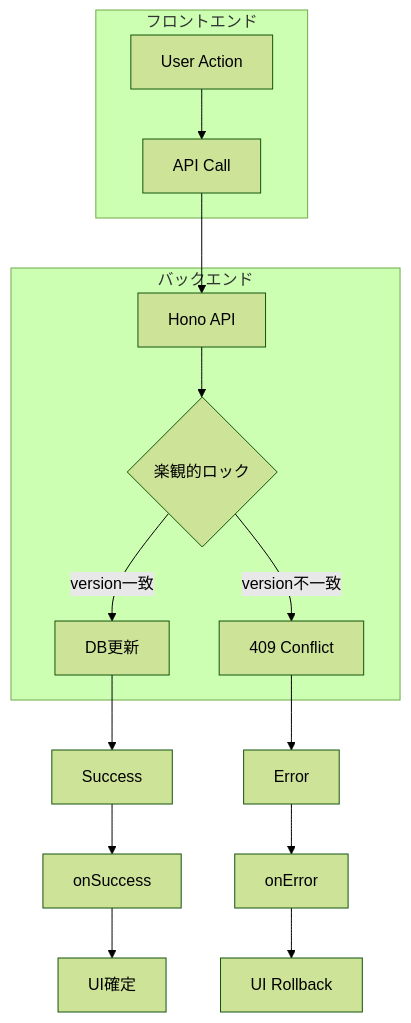
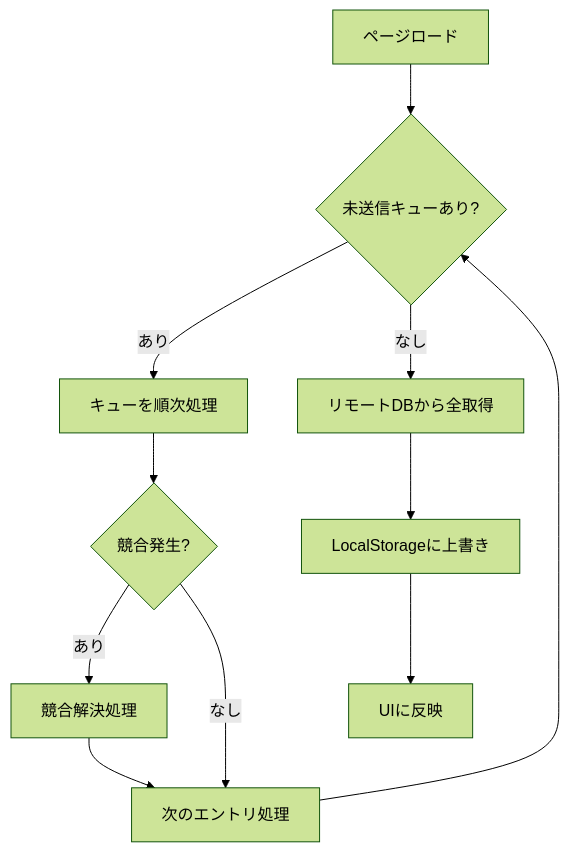
Before and after one commit to osawa-naotaka/vanishtodo: the fourth of 4 diagrams in doc/05_01_ARCHETECTURE.md, drawn with Mermaid (forest theme). The commit also changed other lines of this file, not shown here.

````diff
--- a/doc/05_01_ARCHETECTURE.md
+++ b/doc/05_01_ARCHETECTURE.md
@@ -942,22 +317,13 @@
 ```mermaid
-graph TB
-    subgraph "フロントエンド"
-        A[User Action] --> E[API Call]
-    end
-    
-    subgraph "バックエンド"
-        E --> F[Hono API]
-        F --> G{楽観的ロック}
-        G -->|version一致| H[DB更新]
-        G -->|version不一致| I[409 Conflict]
-    end
-    
-    H --> J[Success]
-    I --> K[Error]
-    
-    J --> L[onSuccess]
-    K --> M[onError]
-    
-    L --> N[UI確定]
-    M --> O[UI Rollback]
+flowchart TD
+    A[ページロード] --> B{未送信キューあり?}
+    B -->|あり| C[キューを順次処理]
+    C --> D{競合発生?}
+    D -->|あり| E[競合解決処理]
+    D -->|なし| F[次のエントリ処理]
+    E --> F
+    F --> B
+    B -->|なし| G[リモートDBから全取得]
+    G --> H[LocalStorageに上書き]
+    H --> I[UIに反映]
 ```
````
